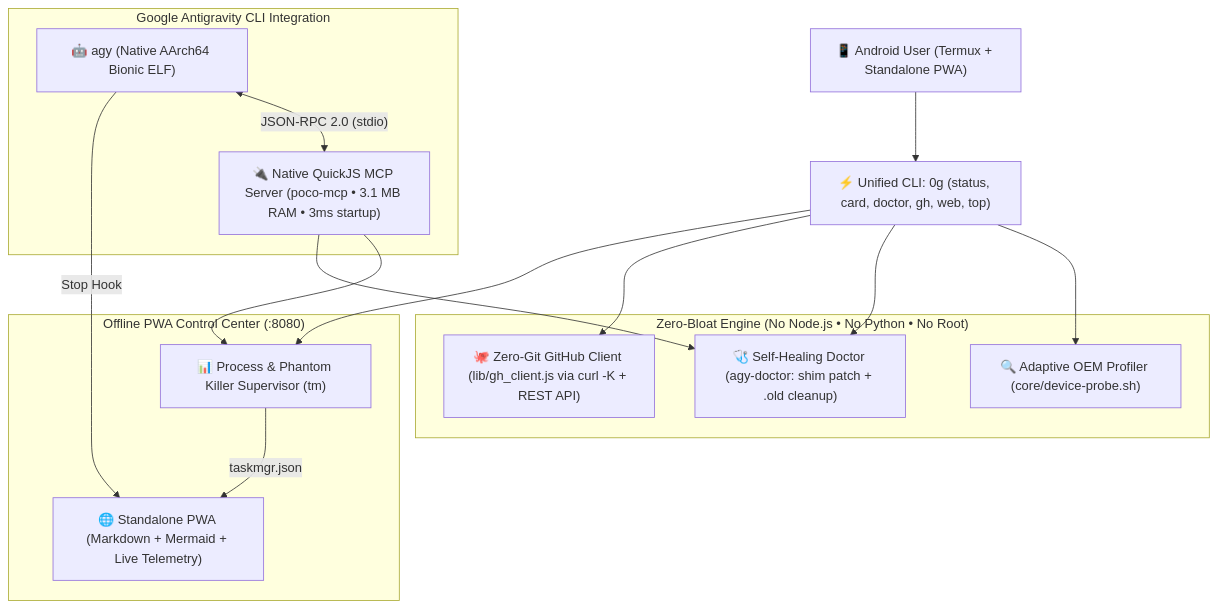
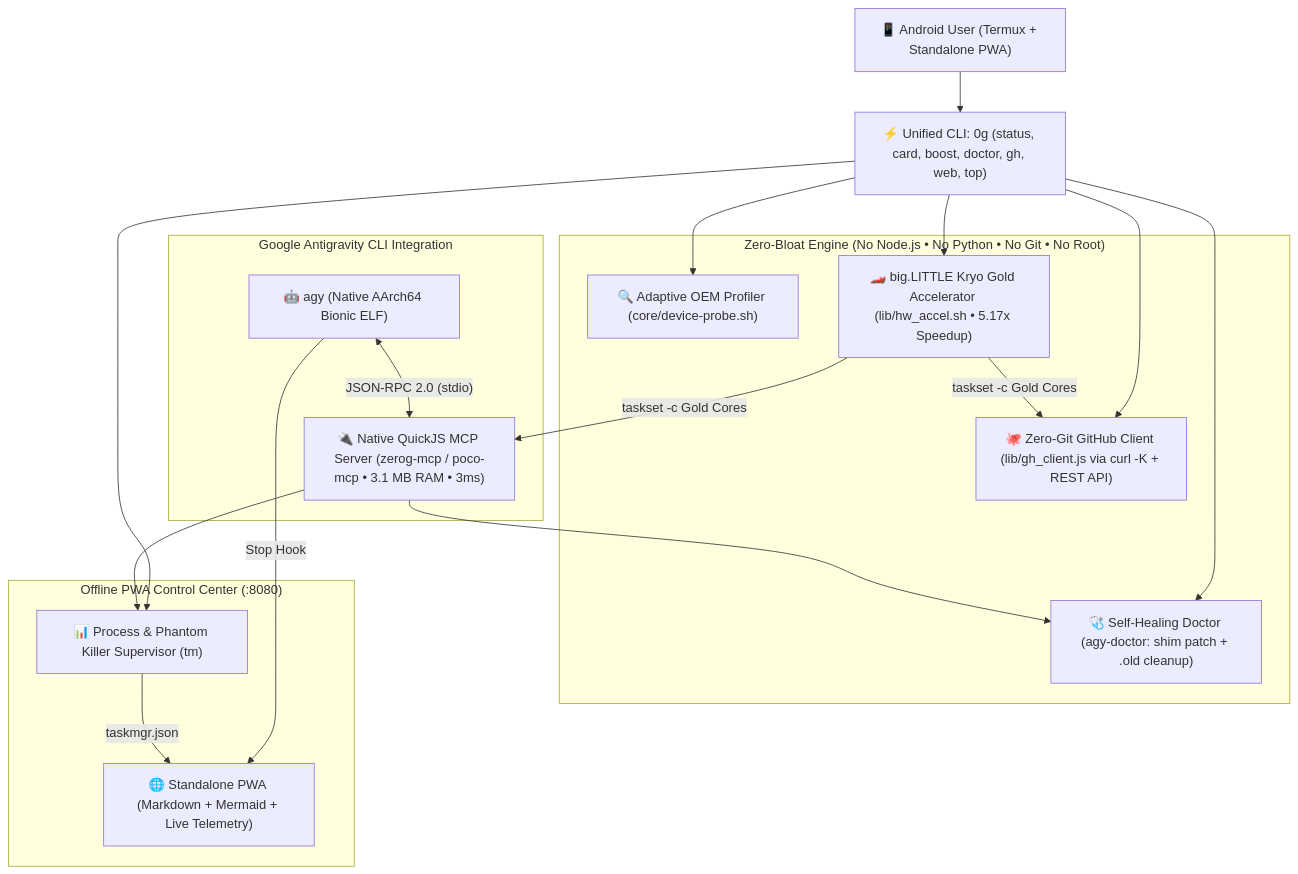
Before and after one commit to LexGridnev/zerog-termux: the diagram in README.md, drawn with Mermaid. The commit also changed other lines of this file, not shown here.

Commit message:
docs: add 5.17x Kryo Gold benchmark table, 0g boost, curl|bash installer & adb-manager-mcp link

````diff
--- a/README.md
+++ b/README.md
@@ -27,32 +42,36 @@
 ```mermaid
 flowchart TD
     User["📱 Android User (Termux + Standalone PWA)"]
-    CLI["⚡ Unified CLI: 0g (status, card, doctor, gh, web, top)"]
+    CLI["⚡ Unified CLI: 0g (status, card, boost, doctor, gh, web, top)"]
 
-    subgraph Core["Zero-Bloat Engine (No Node.js • No Python • No Root)"]
+    subgraph Core["Zero-Bloat Engine (No Node.js • No Python • No Git • No Root)"]
         Probe["🔍 Adaptive OEM Profiler (core/device-probe.sh)"]
+        Boost["🏎️ big.LITTLE Kryo Gold Accelerator (lib/hw_accel.sh • 5.17x Speedup)"]
         Doctor["🩺 Self-Healing Doctor (agy-doctor: shim patch + .old cleanup)"]
         GH["🐙 Zero-Git GitHub Client (lib/gh_client.js via curl -K + REST API)"]
     end
 
     subgraph Agent["Google Antigravity CLI Integration"]
         AGY["🤖 agy (Native AArch64 Bionic ELF)"]
-        MCP["🔌 Native QuickJS MCP Server (poco-mcp • 3.1 MB RAM • 3ms startup)"]
+        MCP["🔌 Native QuickJS MCP Server (zerog-mcp / poco-mcp • 3.1 MB RAM • 3ms)"]
     end
 
     subgraph UI["Offline PWA Control Center (:8080)"]
         TM["📊 Process & Phantom Killer Supervisor (tm)"]
         PWA["🌐 Standalone PWA (Markdown + Mermaid + Live Telemetry)"]
     end
 
     User --> CLI
     CLI --> Probe
+    CLI --> Boost
     CLI --> Doctor
     CLI --> GH
     CLI --> TM
+    Boost -->|"taskset -c Gold Cores"| MCP
+    Boost -->|"taskset -c Gold Cores"| GH
     AGY <-->|"JSON-RPC 2.0 (stdio)"| MCP
     MCP --> TM
     MCP --> Doctor
     AGY -->|"Stop Hook"| PWA
     TM -->|"taskmgr.json"| PWA
 ```
````
